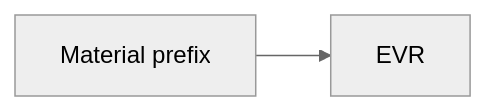
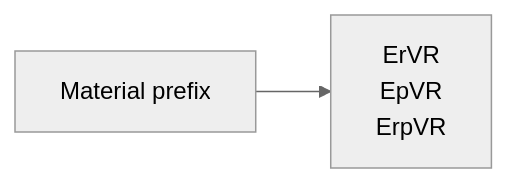
The second of 8 diagrams in workflow.md (mariogarcia-ar/docflow), drawn with Mermaid (neutral theme) before and after one commit. The commit also changed other lines of this file, not shown here.

Commit message:
Clarify documentation on pipeline primitives, specifying the three extractor modes and their relationship to the material prefix.

````diff
--- a/workflow.md
+++ b/workflow.md
@@ -115,4 +116,4 @@
 ```mermaid
 graph LR
-    A["Material prefix"] --> B["EVR"]
+    A["Material prefix"] --> B["ErVR<br/>EpVR<br/>ErpVR"]
 ```
````
